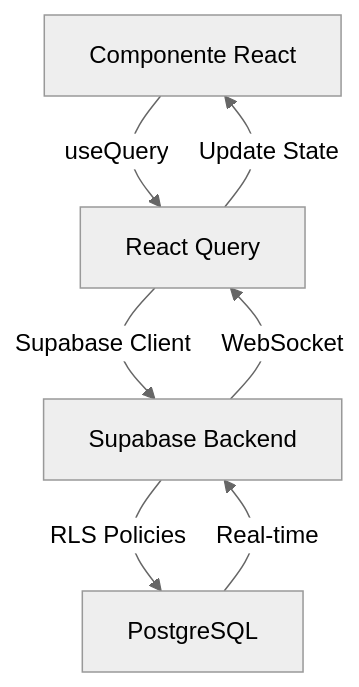
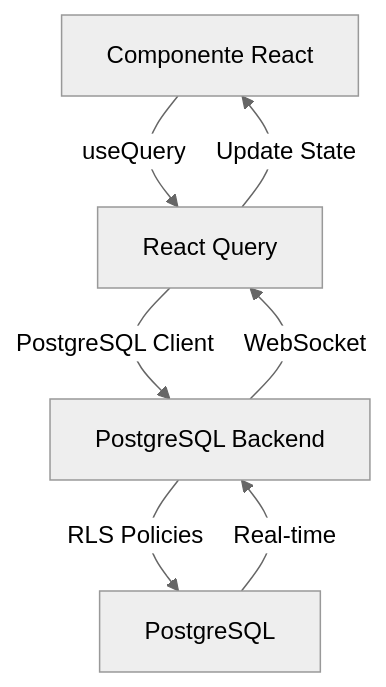
One commit to B0yZ4kr14/ortho-plus-modules-07b53a29 changed the diagram in docs/ARCHITECTURE.md. Above: the diagram before and after it, drawn with Mermaid (neutral theme). The commit also changed other lines of this file and 112 other files, not shown here.

First line of the commit message:
docs: add migration guides, architecture docs, and validation reports

````diff
--- a/docs/ARCHITECTURE.md
+++ b/docs/ARCHITECTURE.md
@@ -113,9 +113,9 @@
 ```mermaid
 graph TD
     A[Componente React] -->|useQuery| B[React Query]
-    B -->|Supabase Client| C[Supabase Backend]
+    B -->|PostgreSQL Client| C[PostgreSQL Backend]
     C -->|RLS Policies| D[PostgreSQL]
     D -->|Real-time| C
     C -->|WebSocket| B
     B -->|Update State| A
 ```
````
